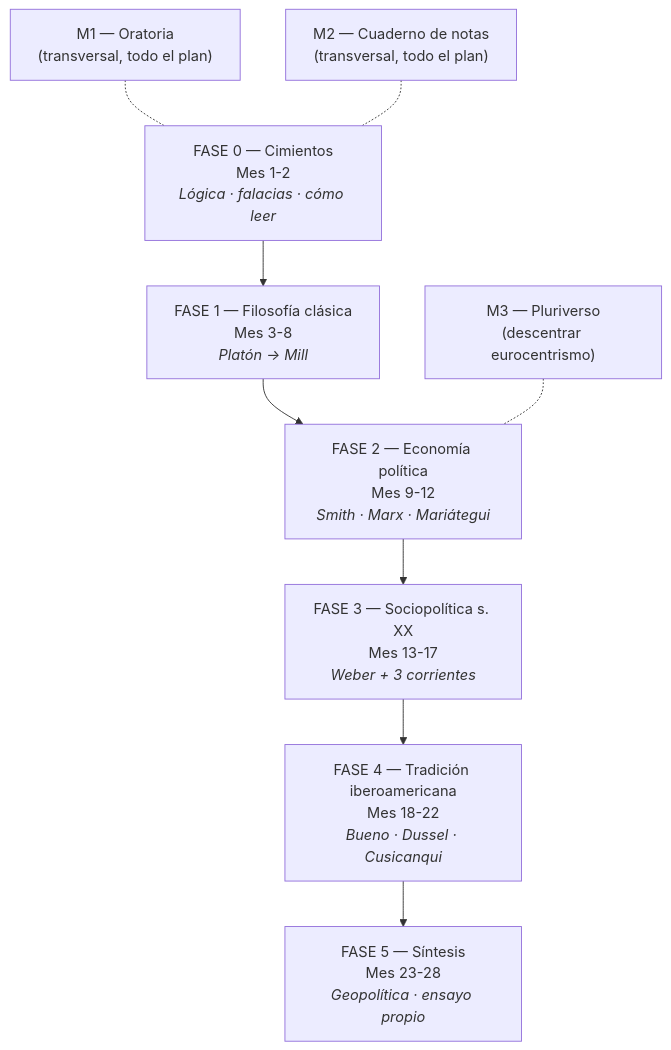
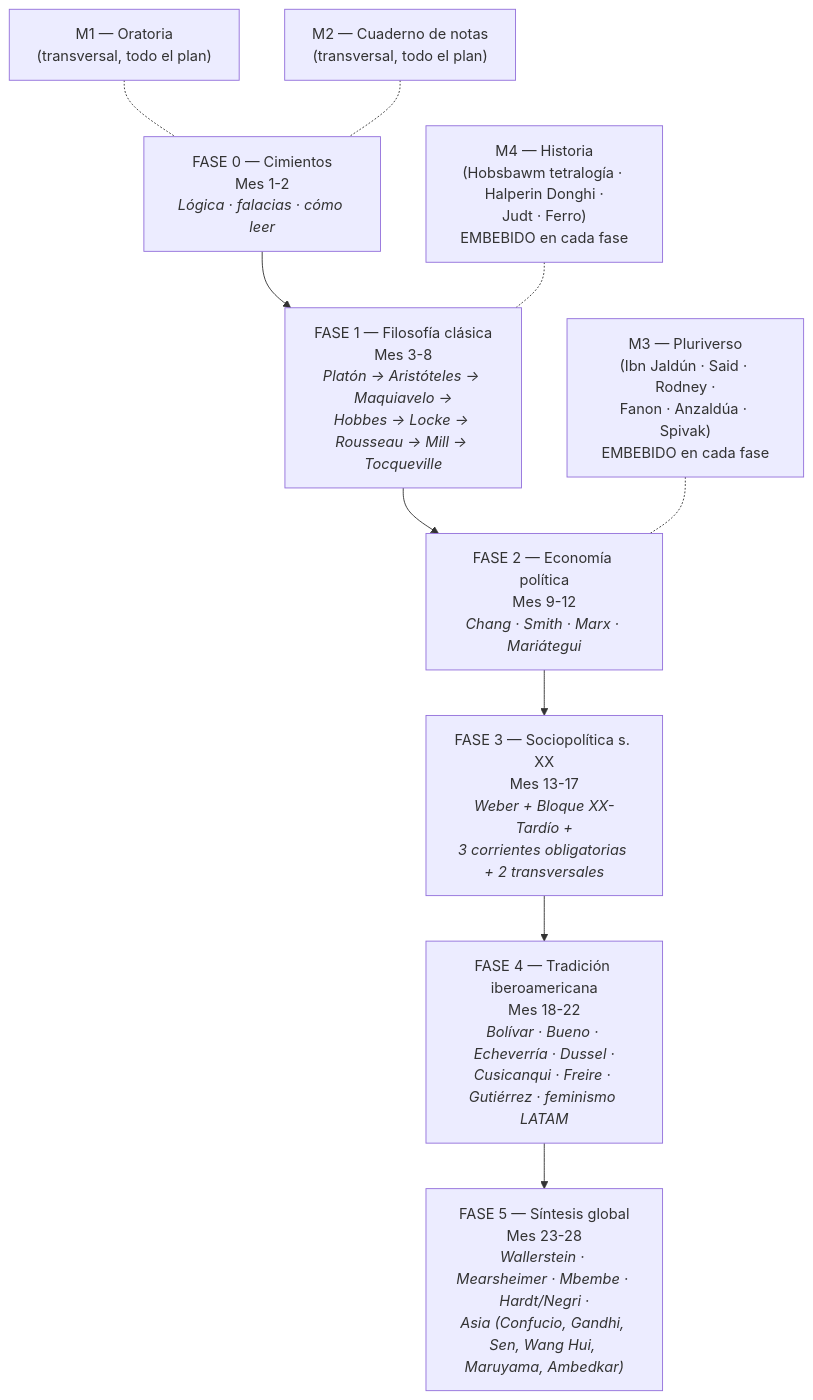
One commit to MrSpagVi/Curso changed the diagram in docs/empieza-aqui.md. Above: the diagram before and after it, drawn with Mermaid. The commit also changed other lines of this file and 6 other files, not shown here.

Commit message:
Marcuse + Hardt/Negri + Pocock + Taylor + Honneth + Federici + Maruyama + Žižek · M3 y M4 embebidos en tablas por fase · Empieza Aquí actualizado

````diff
--- a/docs/empieza-aqui.md
+++ b/docs/empieza-aqui.md
@@ -36,18 +39,20 @@
 ```mermaid
 flowchart TB
     F0["FASE 0 — Cimientos<br/>Mes 1-2<br/><i>Lógica · falacias · cómo leer</i>"]
-    F1["FASE 1 — Filosofía clásica<br/>Mes 3-8<br/><i>Platón → Mill</i>"]
-    F2["FASE 2 — Economía política<br/>Mes 9-12<br/><i>Smith · Marx · Mariátegui</i>"]
-    F3["FASE 3 — Sociopolítica s. XX<br/>Mes 13-17<br/><i>Weber + 3 corrientes</i>"]
-    F4["FASE 4 — Tradición iberoamericana<br/>Mes 18-22<br/><i>Bueno · Dussel · Cusicanqui</i>"]
-    F5["FASE 5 — Síntesis<br/>Mes 23-28<br/><i>Geopolítica · ensayo propio</i>"]
+    F1["FASE 1 — Filosofía clásica<br/>Mes 3-8<br/><i>Platón → Aristóteles → Maquiavelo →<br/>Hobbes → Locke → Rousseau → Mill → Tocqueville</i>"]
+    F2["FASE 2 — Economía política<br/>Mes 9-12<br/><i>Chang · Smith · Marx · Mariátegui</i>"]
+    F3["FASE 3 — Sociopolítica s. XX<br/>Mes 13-17<br/><i>Weber + Bloque XX-Tardío +<br/>3 corrientes obligatorias + 2 transversales</i>"]
+    F4["FASE 4 — Tradición iberoamericana<br/>Mes 18-22<br/><i>Bolívar · Bueno · Echeverría · Dussel ·<br/>Cusicanqui · Freire · Gutiérrez · feminismo LATAM</i>"]
+    F5["FASE 5 — Síntesis global<br/>Mes 23-28<br/><i>Wallerstein · Mearsheimer · Mbembe · Hardt/Negri ·<br/>Asia (Confucio, Gandhi, Sen, Wang Hui, Maruyama, Ambedkar)</i>"]
 
     M1["M1 — Oratoria<br/>(transversal, todo el plan)"]
     M2["M2 — Cuaderno de notas<br/>(transversal, todo el plan)"]
-    M3["M3 — Pluriverso<br/>(descentrar eurocentrismo)"]
+    M3["M3 — Pluriverso<br/>(Ibn Jaldún · Said · Rodney ·<br/>Fanon · Anzaldúa · Spivak)<br/>EMBEBIDO en cada fase"]
+    M4["M4 — Historia<br/>(Hobsbawm tetralogía · Halperin Donghi ·<br/>Judt · Ferro)<br/>EMBEBIDO en cada fase"]
 
     F0 --> F1 --> F2 --> F3 --> F4 --> F5
     M1 -.- F0
     M2 -.- F0
     M3 -.- F2
+    M4 -.- F1
 ```
````
